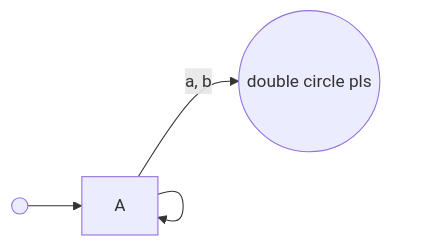
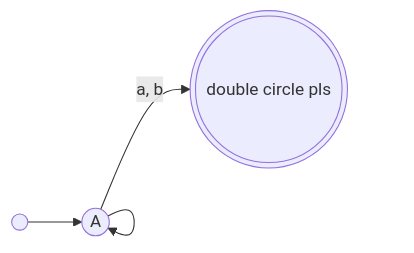
One commit to heofthetea/dhbw changed the second of 2 diagrams in semester-3/formale-sprachen/Mermaid State Diagram.md. Above: the diagram before and after it, drawn with Mermaid. The commit also changed other lines of this file and 64 other files, not shown here.

````diff
--- a/semester-3/formale-sprachen/Mermaid State Diagram.md
+++ b/semester-3/formale-sprachen/Mermaid State Diagram.md
@@ -14,6 +14,9 @@
 ```mermaid
+%%{init: {'themeCSS':''}}%%
+
+
 flowchart LR
-	0(( )) --> A
+	0(( )) --> A((A))
 	A --> A
-	A --"a, b"--> C((double circle pls))
+	A --"a, b"--> C(((double circle pls)))
 ```
````
